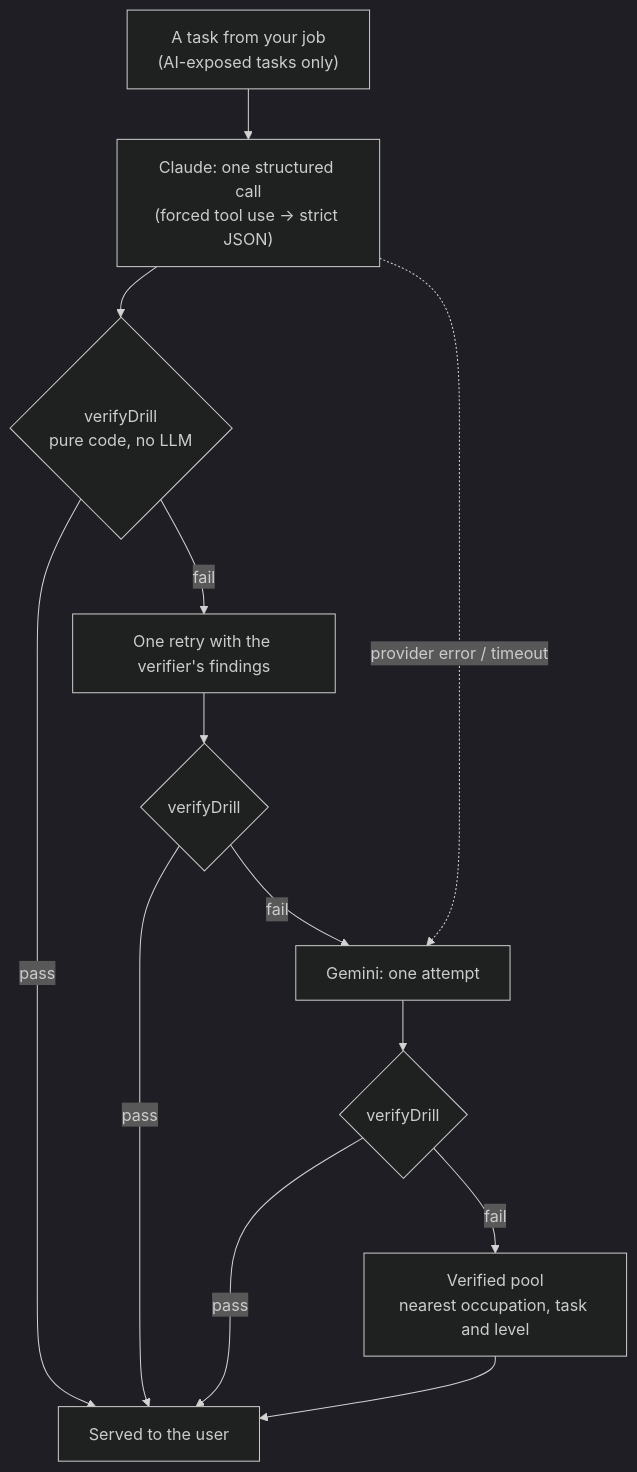
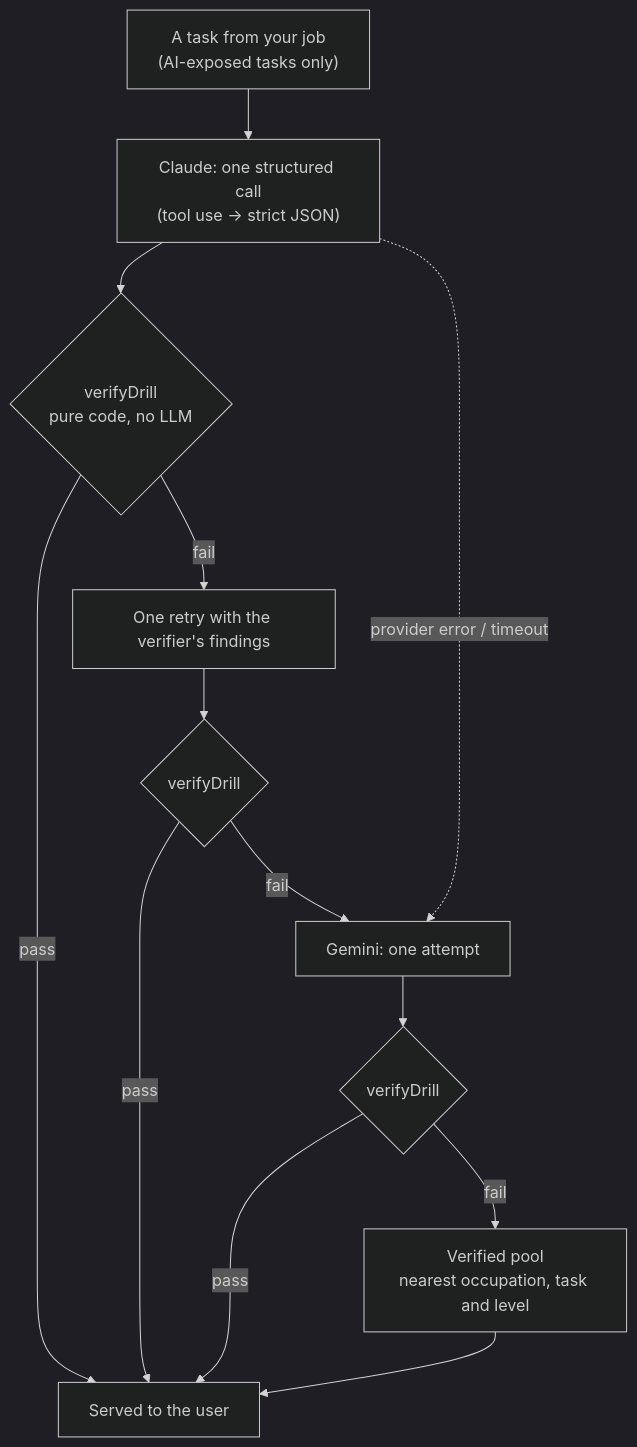
The second of 2 diagrams in README.md (gennadiy0041/overrule), drawn with Mermaid (dark theme) before and after one commit. The commit also changed other lines of this file and 32 other files, not shown here.

````diff
--- a/README.md
+++ b/README.md
@@ -84,15 +93,15 @@
 ```mermaid
 flowchart TD
-  T["A task from your job<br/>(AI-exposed tasks only)"] --> G["Claude: one structured call<br/>(forced tool use → strict JSON)"]
+  T["A task from your job<br/>(AI-exposed tasks only)"] --> G["Claude: one structured call<br/>(tool use → strict JSON)"]
   G --> V{"verifyDrill<br/>pure code, no LLM"}
   V -- pass --> U["Served to the user"]
   V -- fail --> R["One retry with the verifier's findings"]
   R --> V2{"verifyDrill"}
   V2 -- pass --> U
   V2 -- fail --> GM["Gemini: one attempt"]
   G -. "provider error / timeout" .-> GM
   GM --> V3{"verifyDrill"}
   V3 -- pass --> U
   V3 -- fail --> P["Verified pool<br/>nearest occupation, task and level"]
   P --> U
 ```
````
